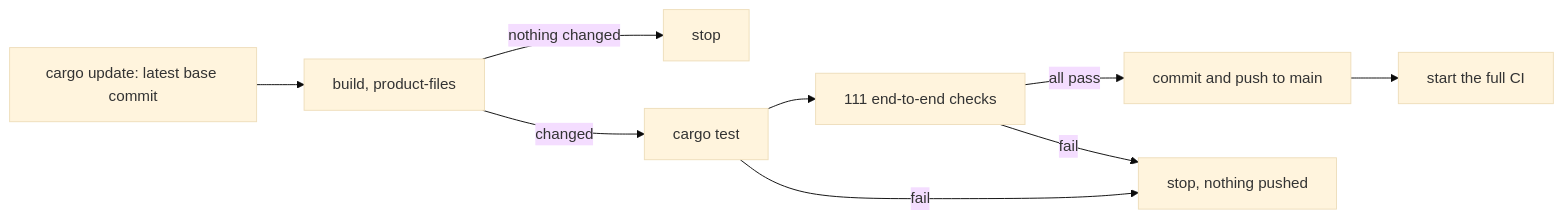
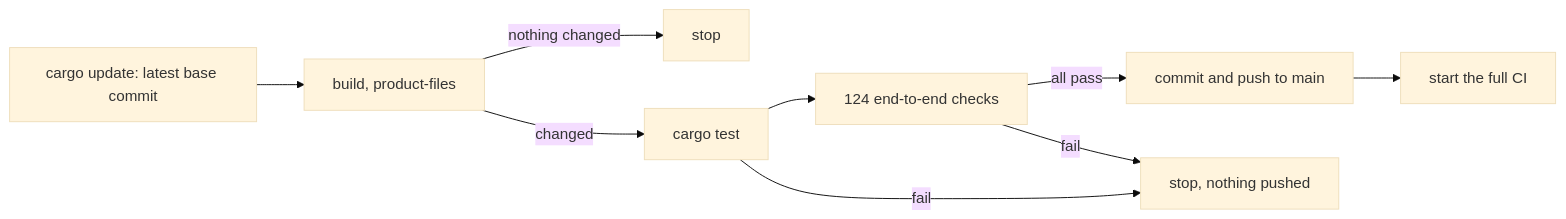
One commit to Phygital-Key/phygital-key-mcp changed the diagram in docs/testing.md. Above: the diagram before and after it, drawn with Mermaid (base theme). The commit also changed other lines of this file and 5 other files, not shown here.

````diff
--- a/docs/testing.md
+++ b/docs/testing.md
@@ -139,11 +140,11 @@
 ```mermaid
 flowchart LR
     A["cargo update: latest base commit"] --> B["build, product-files"]
     B -->|"nothing changed"| X["stop"]
     B -->|"changed"| C["cargo test"]
-    C --> D["111 end-to-end checks"]
+    C --> D["124 end-to-end checks"]
     D -->|"all pass"| E["commit and push to main"]
     E --> F["start the full CI"]
     C -->|"fail"| X2["stop, nothing pushed"]
     D -->|"fail"| X2
 ```
````
